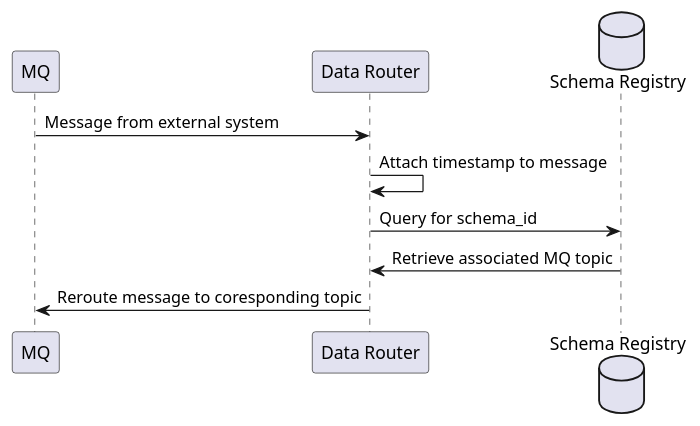
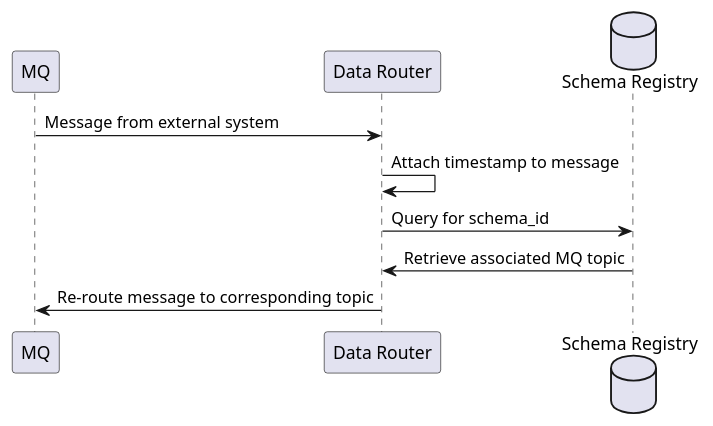
Before and after one commit to epiphany-platform/CommonDataLayer: the diagram in docs/graphs/DataRouter-MessageIngestion.puml, drawn with PlantUML. The commit also changed 3 other files, not shown here.

```diff
--- a/docs/graphs/DataRouter-MessageIngestion.puml
+++ b/docs/graphs/DataRouter-MessageIngestion.puml
@@ -1,11 +1,11 @@
 @startuml
 participant MQ
 participant "Data Router" as DR
 database "Schema Registry" as SR
 
 MQ -> DR: Message from external system
 DR -> DR: Attach timestamp to message
 DR -> SR: Query for schema_id
 SR -> DR: Retrieve associated MQ topic
-DR -> MQ: Reroute message to coresponding topic
+DR -> MQ: Re-route message to corresponding topic
 @enduml
```
